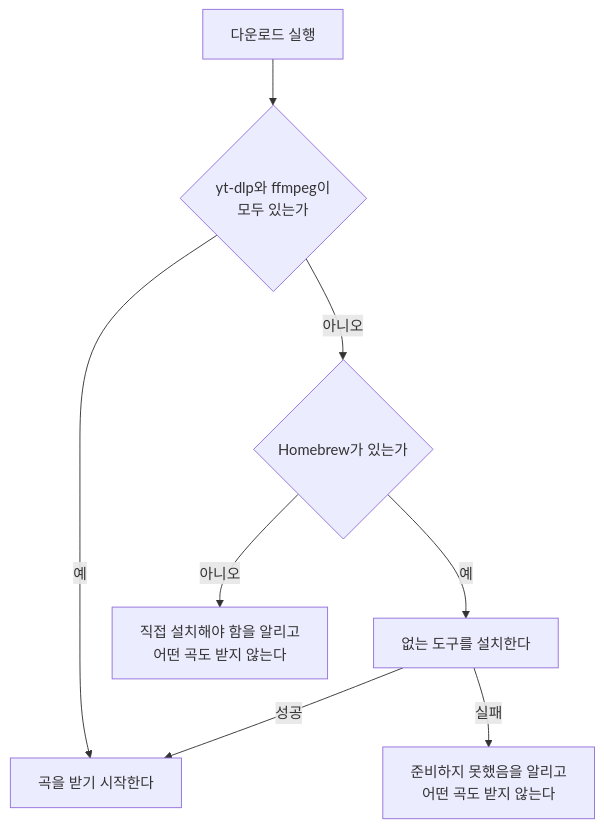
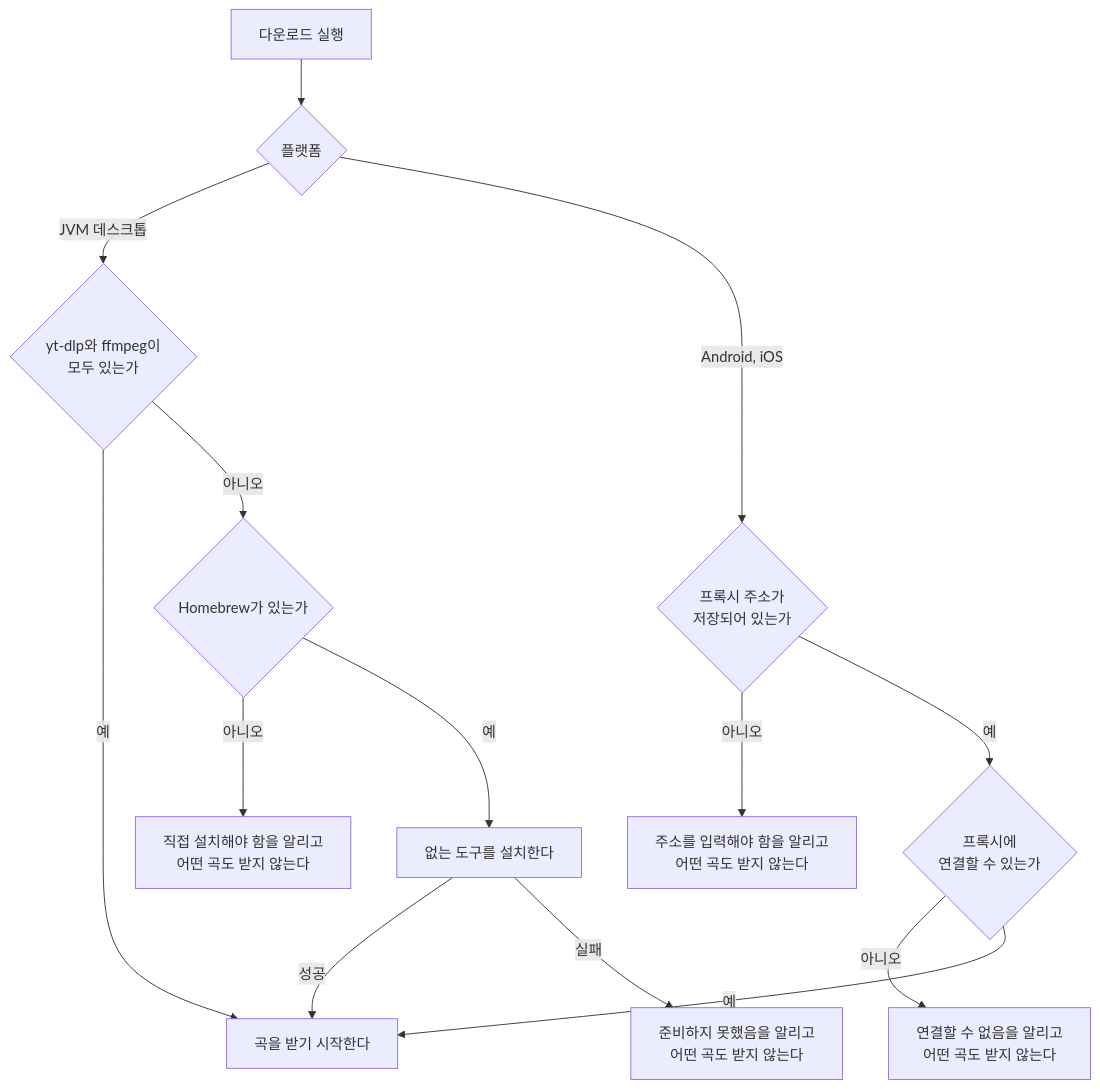
Before and after one commit to taetae98coding/DiaryKMP: the first of 2 diagrams in docs/spec/music-download.md, drawn with Mermaid. The commit also changed other lines of this file and 15 other files, not shown here.

First line of the commit message:
docs: Android·iOS가 JVM 프록시로 곡을 내려받는 스펙, 디자인, 테스트 케이스를 쓴다

````diff
--- a/docs/spec/music-download.md
+++ b/docs/spec/music-download.md
@@ -78,10 +95,16 @@
 ```mermaid
 flowchart TD
-    Start["다운로드 실행"] --> Tool{"yt-dlp와 ffmpeg이<br/>모두 있는가"}
+    Start["다운로드 실행"] --> Platform{"플랫폼"}
+    Platform -- "JVM 데스크톱" --> Tool{"yt-dlp와 ffmpeg이<br/>모두 있는가"}
     Tool -- "예" --> Download["곡을 받기 시작한다"]
     Tool -- "아니오" --> Brew{"Homebrew가 있는가"}
     Brew -- "아니오" --> Manual["직접 설치해야 함을 알리고<br/>어떤 곡도 받지 않는다"]
     Brew -- "예" --> Install["없는 도구를 설치한다"]
     Install -- "성공" --> Download
     Install -- "실패" --> Failed["준비하지 못했음을 알리고<br/>어떤 곡도 받지 않는다"]
+    Platform -- "Android, iOS" --> Address{"프록시 주소가<br/>저장되어 있는가"}
+    Address -- "아니오" --> NoAddress["주소를 입력해야 함을 알리고<br/>어떤 곡도 받지 않는다"]
+    Address -- "예" --> Reach{"프록시에<br/>연결할 수 있는가"}
+    Reach -- "아니오" --> Unreachable["연결할 수 없음을 알리고<br/>어떤 곡도 받지 않는다"]
+    Reach -- "예" --> Download
 ```
````
